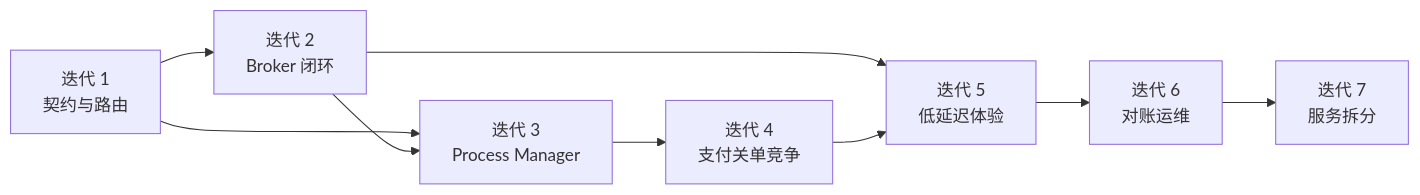
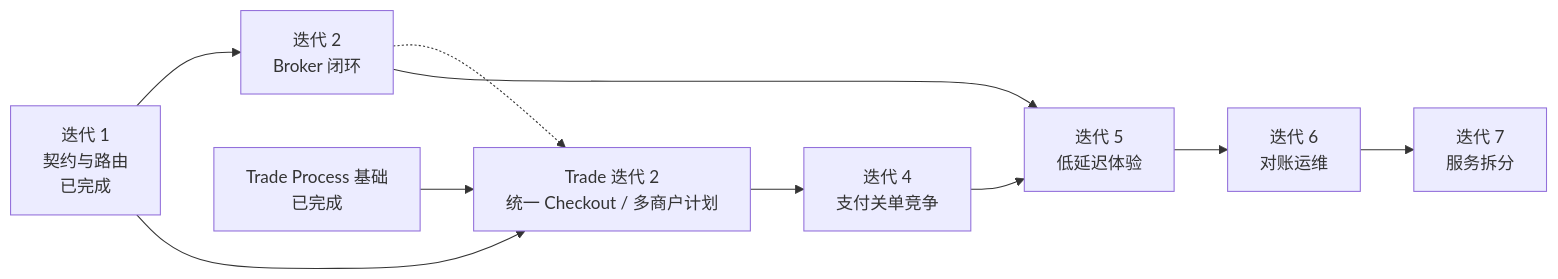
One commit to ddd-mall/j-store changed the second of 2 diagrams in docs/spec/checkout-reliable-async/iteration-plan.md. Above: the diagram before and after it, drawn with Mermaid. The commit also changed other lines of this file and 3 other files, not shown here.

Commit message:
docs(trade): align checkout and unified payment roadmap

````diff
--- a/docs/spec/checkout-reliable-async/iteration-plan.md
+++ b/docs/spec/checkout-reliable-async/iteration-plan.md
@@ -511,11 +536,12 @@
 ```mermaid
 flowchart LR
-    I1["迭代 1<br/>契约与路由"] --> I2["迭代 2<br/>Broker 闭环"]
-    I1 --> I3["迭代 3<br/>Process Manager"]
-    I2 --> I3
-    I3 --> I4["迭代 4<br/>支付关单竞争"]
+    I1["迭代 1<br/>契约与路由<br/>已完成"] --> I2["迭代 2<br/>Broker 闭环"]
+    I1 --> T2["Trade 迭代 2<br/>统一 Checkout / 多商户计划"]
+    T1["Trade Process 基础<br/>已完成"] --> T2
+    I2 -.-> T2
+    T2 --> I4["迭代 4<br/>支付关单竞争"]
     I2 --> I5["迭代 5<br/>低延迟体验"]
     I4 --> I5
     I5 --> I6["迭代 6<br/>对账运维"]
     I6 --> I7["迭代 7<br/>服务拆分"]
 ```
````
